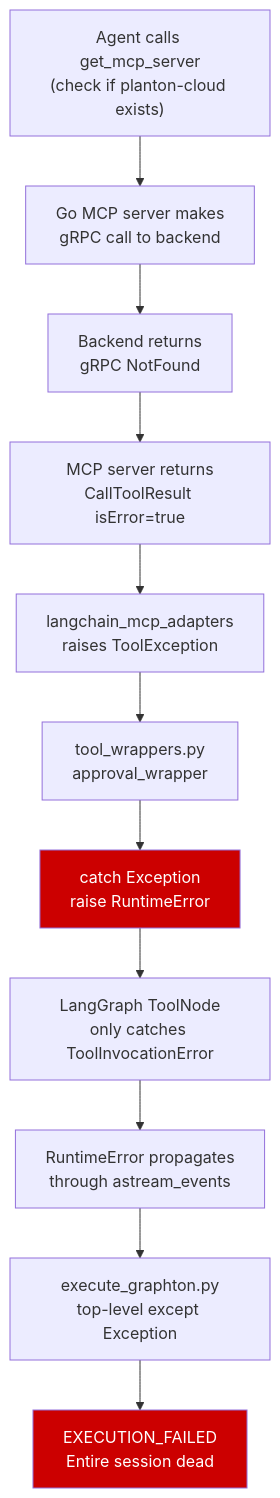
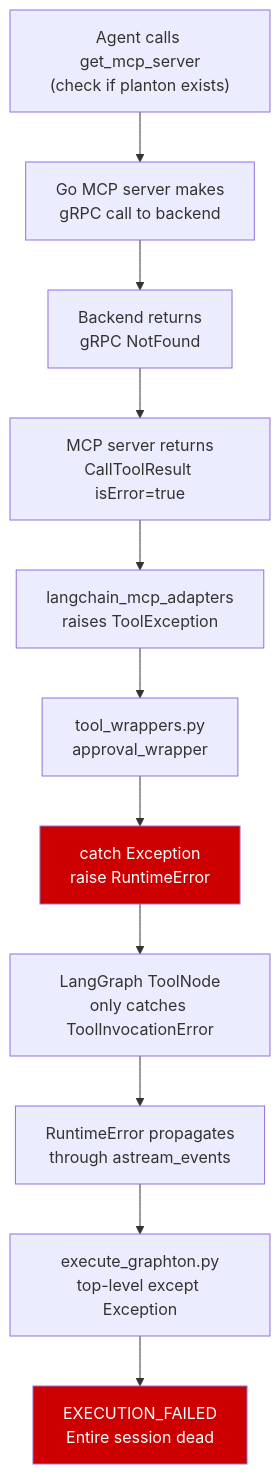
Before and after one commit to stigmer/stigmer: the diagram in .cursor/plans/mcp_tool_error_resilience_13723554.plan.md, drawn with Mermaid. The commit also changed other lines of this file and 162 other files, not shown here.

Commit message:
removed cloud word from planton cloud

````diff
--- a/.cursor/plans/mcp_tool_error_resilience_13723554.plan.md
+++ b/.cursor/plans/mcp_tool_error_resilience_13723554.plan.md
@@ -29,16 +29,16 @@
 ```mermaid
 flowchart TD
-    A["Agent calls get_mcp_server\n(check if planton-cloud exists)"] --> B["Go MCP server makes\ngRPC call to backend"]
+    A["Agent calls get_mcp_server\n(check if planton exists)"] --> B["Go MCP server makes\ngRPC call to backend"]
     B --> C["Backend returns\ngRPC NotFound"]
     C --> D["MCP server returns\nCallToolResult isError=true"]
     D --> E["langchain_mcp_adapters\nraises ToolException"]
     E --> F["tool_wrappers.py\napproval_wrapper"]
     F --> G["catch Exception\nraise RuntimeError"]
     G --> H["LangGraph ToolNode\nonly catches ToolInvocationError"]
     H --> I["RuntimeError propagates\nthrough astream_events"]
     I --> J["execute_graphton.py\ntop-level except Exception"]
     J --> K["EXECUTION_FAILED\nEntire session dead"]
 
     style G fill:#c00,color:#fff
     style K fill:#c00,color:#fff
 ```
````
